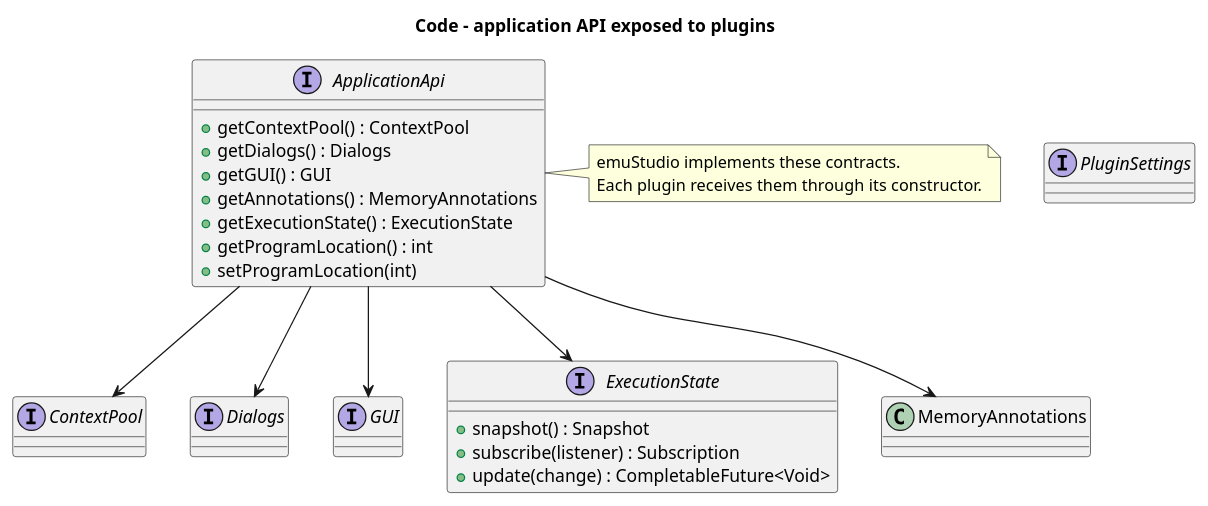
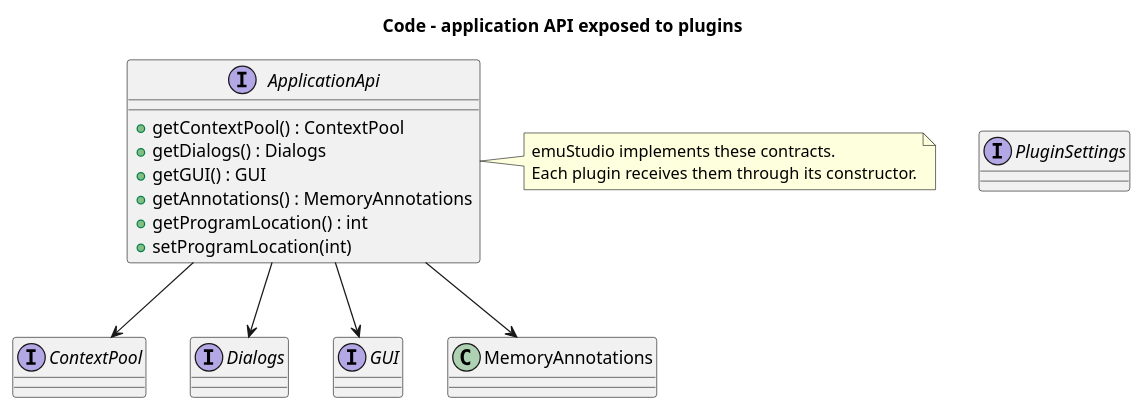
Before and after one commit to emustudio/emuLib: the sixth of 8 diagrams in docs/architecture.adoc, drawn with PlantUML. The commit also changed other lines of this file and 8 other files, not shown here.

```diff
--- a/docs/architecture.adoc
+++ b/docs/architecture.adoc
@@ -305,38 +305,31 @@
 [plantuml,c4-l4-application,svg]
 ....
 @startuml
 title Code - application API exposed to plugins
 
 interface ApplicationApi {
   +getContextPool() : ContextPool
   +getDialogs() : Dialogs
   +getGUI() : GUI
   +getAnnotations() : MemoryAnnotations
-  +getExecutionState() : ExecutionState
   +getProgramLocation() : int
   +setProgramLocation(int)
 }
 
 interface ContextPool
 interface PluginSettings
 interface Dialogs
 interface GUI
-interface ExecutionState {
-  +snapshot() : Snapshot
-  +subscribe(listener) : Subscription
-  +update(change) : CompletableFuture<Void>
-}
 class MemoryAnnotations
 
 ApplicationApi --> ContextPool
 ApplicationApi --> Dialogs
 ApplicationApi --> GUI
-ApplicationApi --> ExecutionState
 ApplicationApi --> MemoryAnnotations
 
 note right of ApplicationApi
   emuStudio implements these contracts.
   Each plugin receives them through its constructor.
 end note
 @enduml
 ....
```
